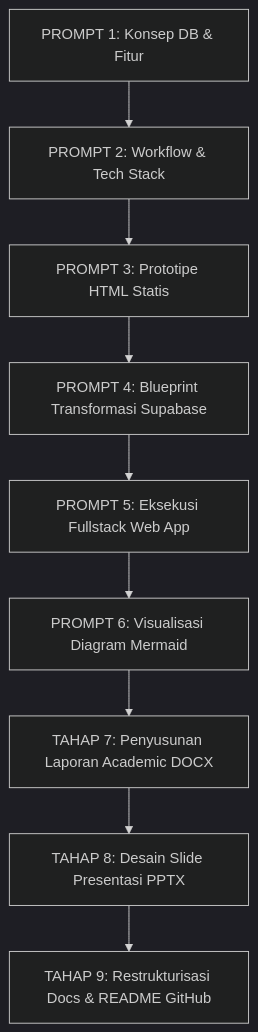
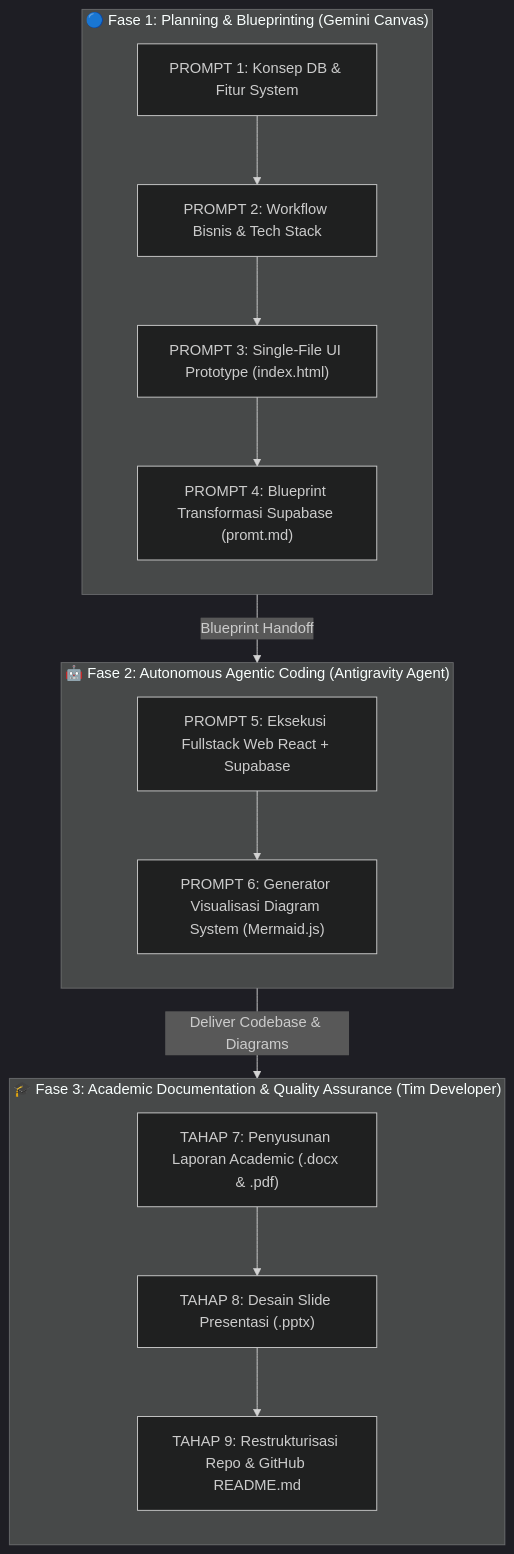
The diagram in docs/notes/history-promt.md (sahruulmubarokk-dot/Sistem-Informasi-Apotek), drawn with Mermaid (dark theme) before and after one commit. The commit also changed other lines of this file and 3 other files, not shown here.

Commit message:
docs: update master prompt pipeline, tech stack references, and repo links in docs/notes

````diff
--- a/docs/notes/history-promt.md
+++ b/docs/notes/history-promt.md
@@ -9,11 +9,23 @@
 ```mermaid
-graph TD
-    P1[PROMPT 1: Konsep DB & Fitur] --> P2[PROMPT 2: Workflow & Tech Stack]
-    P2 --> P3[PROMPT 3: Prototipe HTML Statis]
-    P3 --> P4[PROMPT 4: Blueprint Transformasi Supabase]
-    P4 --> P5[PROMPT 5: Eksekusi Fullstack Web App]
-    P5 --> P6[PROMPT 6: Visualisasi Diagram Mermaid]
-    P6 --> P7[TAHAP 7: Penyusunan Laporan Academic DOCX]
-    P7 --> P8[TAHAP 8: Desain Slide Presentasi PPTX]
-    P8 --> P9[TAHAP 9: Restrukturisasi Docs & README GitHub]
+flowchart TD
+    subgraph Phase1 ["🔵 Fase 1: Planning & Blueprinting (Gemini Canvas)"]
+        direction TB
+        P1["PROMPT 1: Konsep DB & Fitur System"] --> P2["PROMPT 2: Workflow Bisnis & Tech Stack"]
+        P2 --> P3["PROMPT 3: Single-File UI Prototype (index.html)"]
+        P3 --> P4["PROMPT 4: Blueprint Transformasi Supabase (promt.md)"]
+    end
+
+    subgraph Phase2 ["🤖 Fase 2: Autonomous Agentic Coding (Antigravity Agent)"]
+        direction TB
+        P5["PROMPT 5: Eksekusi Fullstack Web React + Supabase"] --> P6["PROMPT 6: Generator Visualisasi Diagram System (Mermaid.js)"]
+    end
+
+    subgraph Phase3 ["🎓 Fase 3: Academic Documentation & Quality Assurance (Tim Developer)"]
+        direction TB
+        T7["TAHAP 7: Penyusunan Laporan Academic (.docx & .pdf)"] --> T8["TAHAP 8: Desain Slide Presentasi (.pptx)"]
+        T8 --> T9["TAHAP 9: Restrukturisasi Repo & GitHub README.md"]
+    end
+
+    Phase1 -->|Blueprint Handoff| Phase2
+    Phase2 -->|Deliver Codebase & Diagrams| Phase3
 ```
````
